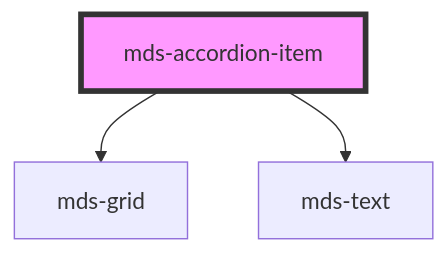
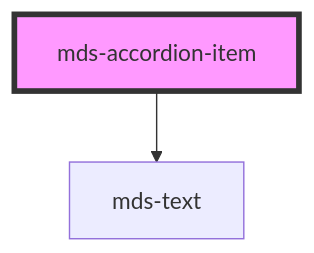
Before and after one commit to magma-design-system/magma: the diagram in projects/stencil/src/components/mds-accordion-item/readme.md, drawn with Mermaid. The commit also changed other lines of this file and 2 other files, not shown here.

Commit message:
fix(mds-accordion-item): remove useless dependency

````diff
--- a/projects/stencil/src/components/mds-accordion-item/readme.md
+++ b/projects/stencil/src/components/mds-accordion-item/readme.md
@@ -40,6 +39,5 @@
 ```mermaid
 graph TD;
-  mds-accordion-item --> mds-grid
   mds-accordion-item --> mds-text
   style mds-accordion-item fill:#f9f,stroke:#333,stroke-width:4px
 ```
````
